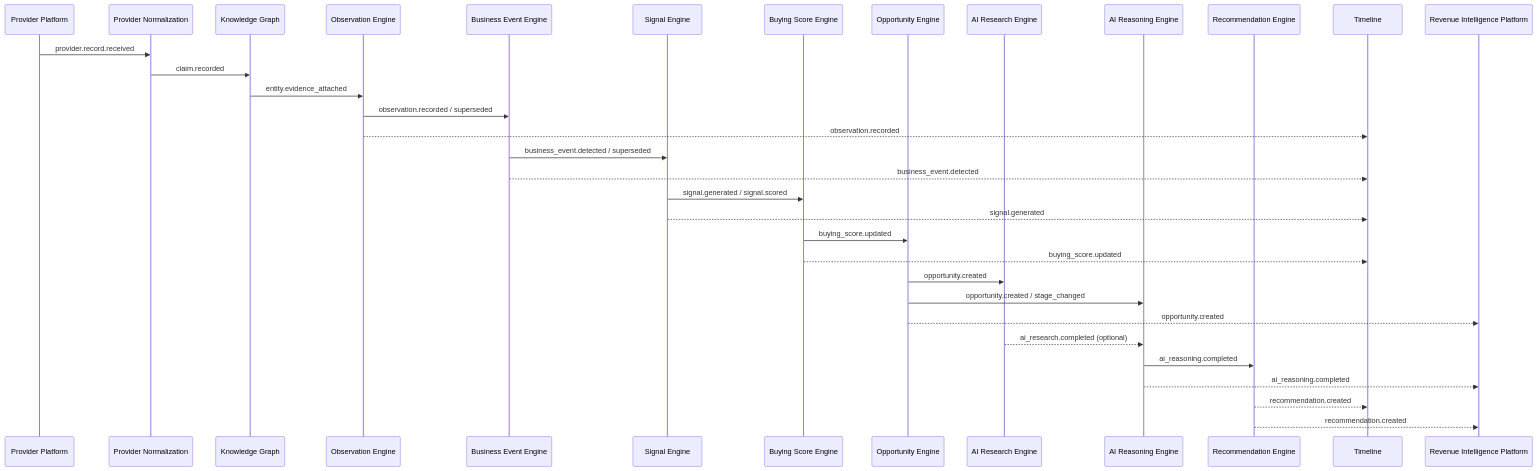
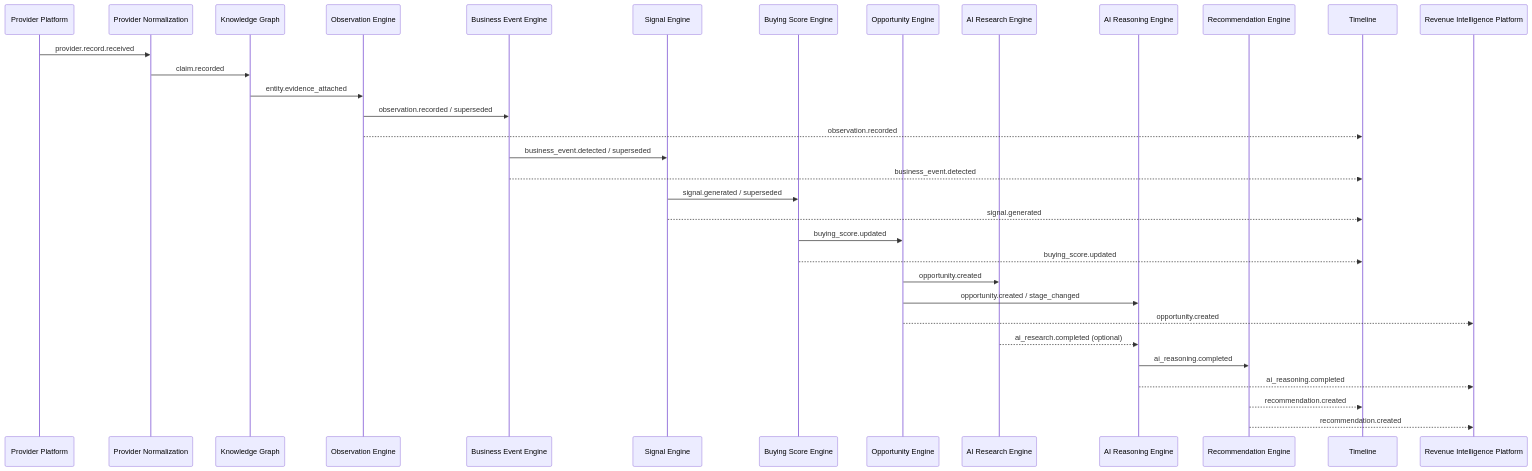
Before and after one commit to GaneshDabhade/Fortune_Signora: the first of 2 diagrams in docs/architecture/06-events.md, drawn with Mermaid. The commit also changed other lines of this file and 38 other files, not shown here.

````diff
--- a/docs/architecture/06-events.md
+++ b/docs/architecture/06-events.md
@@ -78,36 +78,36 @@
 ```mermaid
 sequenceDiagram
     participant PP as Provider Platform
     participant PN as Provider Normalization
     participant KG as Knowledge Graph
     participant OE as Observation Engine
     participant BEE as Business Event Engine
     participant SE as Signal Engine
     participant BSE as Buying Score Engine
     participant OP as Opportunity Engine
     participant ARE as AI Research Engine
     participant AIR as AI Reasoning Engine
     participant RE as Recommendation Engine
     participant TL as Timeline
     participant RI as Revenue Intelligence Platform
 
     PP->>PN: provider.record.received
     PN->>KG: claim.recorded
     KG->>OE: entity.evidence_attached
     OE->>BEE: observation.recorded / superseded
     OE-->>TL: observation.recorded
     BEE->>SE: business_event.detected / superseded
     BEE-->>TL: business_event.detected
-    SE->>BSE: signal.generated / signal.scored
+    SE->>BSE: signal.generated / superseded
     SE-->>TL: signal.generated
     BSE->>OP: buying_score.updated
     BSE-->>TL: buying_score.updated
     OP->>ARE: opportunity.created
     OP->>AIR: opportunity.created / stage_changed
     OP-->>RI: opportunity.created
     ARE-->>AIR: ai_research.completed (optional)
     AIR->>RE: ai_reasoning.completed
     AIR-->>RI: ai_reasoning.completed
     RE-->>TL: recommendation.created
     RE-->>RI: recommendation.created
 ```
````
